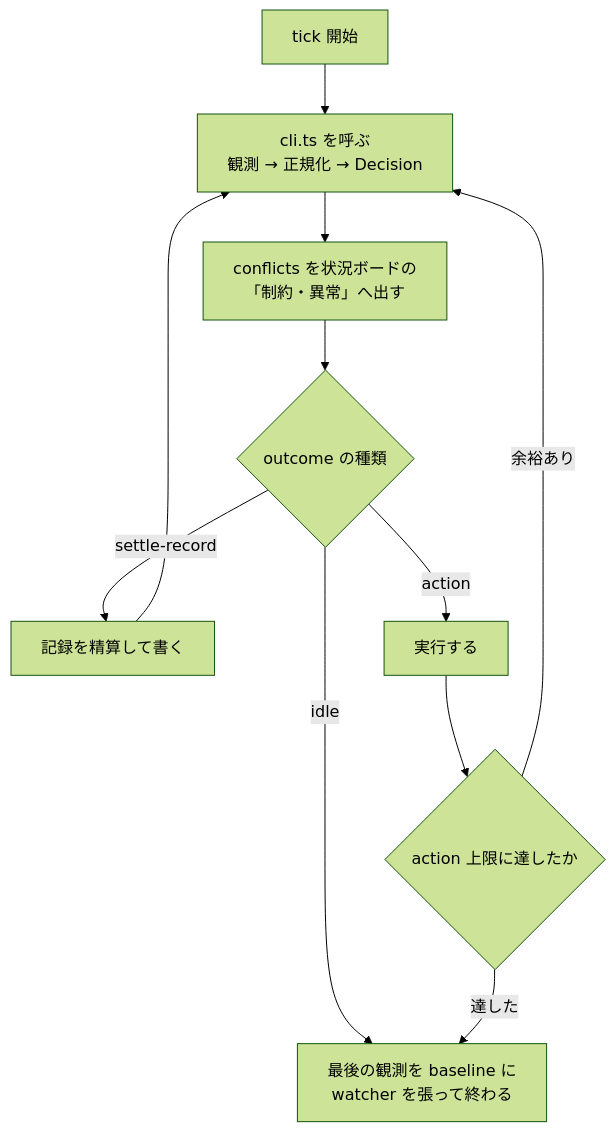
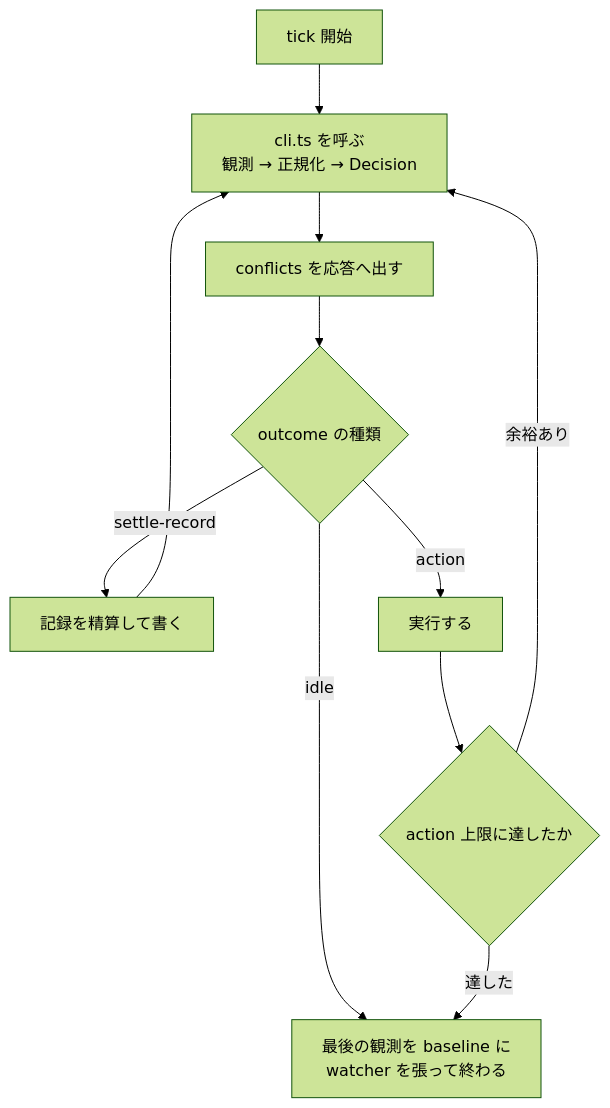
Before and after one commit to usagizmo/agentfiles: the diagram in agents/skills/conductor/SKILL.md, drawn with Mermaid (forest theme). The commit also changed other lines of this file and 36 other files, not shown here.

````diff
--- a/agents/skills/conductor/SKILL.md
+++ b/agents/skills/conductor/SKILL.md
@@ -143,13 +139,13 @@
 ```mermaid
 flowchart TD
     S[tick 開始] --> D[cli.ts を呼ぶ<br/>観測 → 正規化 → Decision]
-    D --> C[conflicts を状況ボードの<br/>「制約・異常」へ出す]
+    D --> C[conflicts を応答へ出す]
     C --> K{outcome の種類}
     K -->|settle-record| W[記録を精算して書く]
     W --> D
     K -->|idle| END[最後の観測を baseline に<br/>watcher を張って終わる]
     K -->|action| DO[実行する]
     DO --> A{action 上限に達したか}
     A -->|達した| END
     A -->|余裕あり| D
 ```
````
